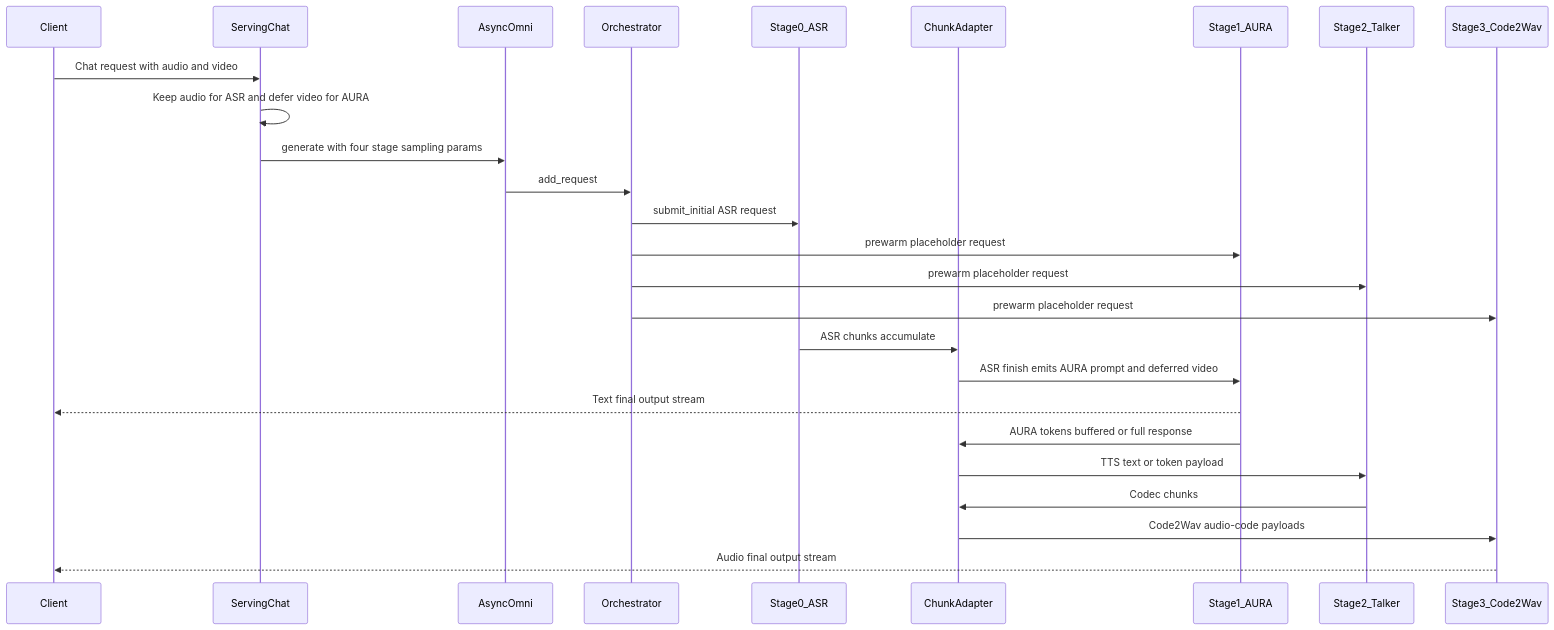
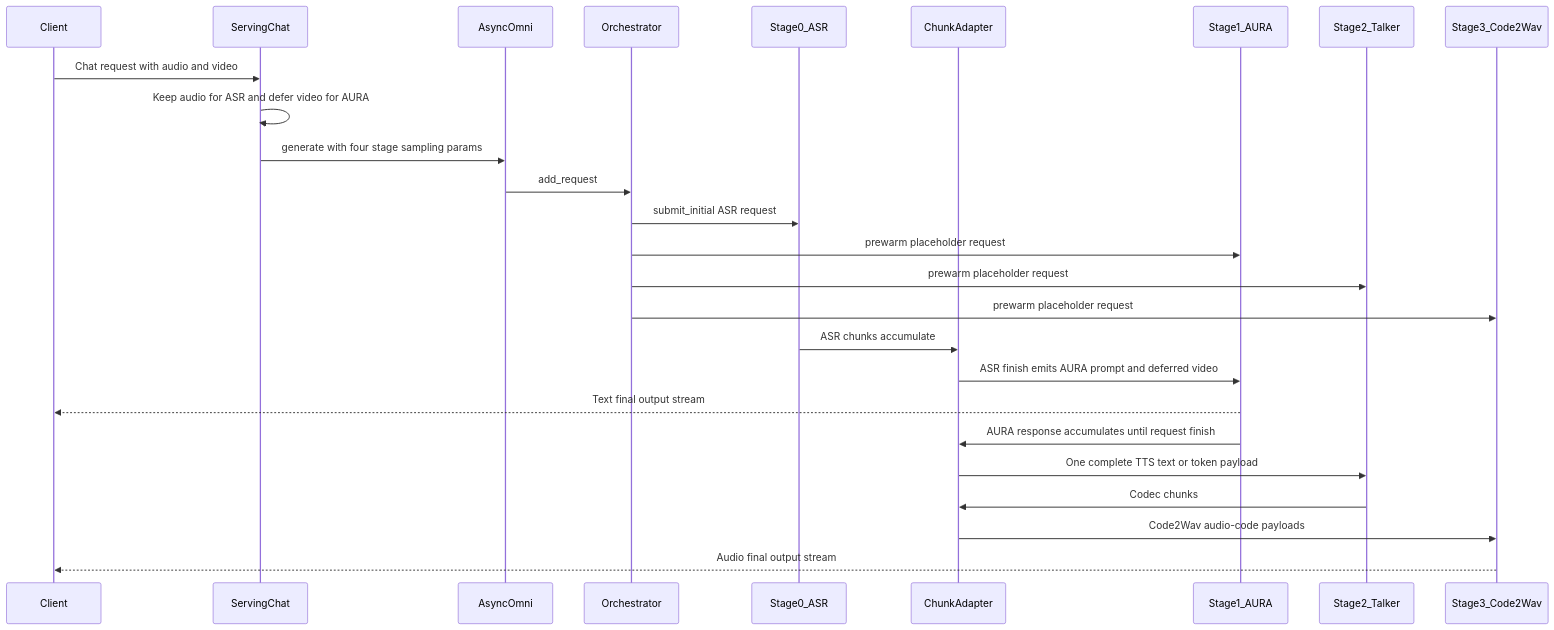
One commit to NumberWan/vllm-omni changed the first of 2 diagrams in examples/online_serving/aura_omni/README.md. Above: the diagram before and after it, drawn with Mermaid. The commit also changed other lines of this file and 11 other files, not shown here.

First line of the commit message:
change(aura): send tts payload only after aura finishes

````diff
--- a/examples/online_serving/aura_omni/README.md
+++ b/examples/online_serving/aura_omni/README.md
@@ -61,29 +60,29 @@
 ```mermaid
 sequenceDiagram
     participant client as Client
     participant servingChat as ServingChat
     participant asyncOmni as AsyncOmni
     participant orchestrator as Orchestrator
     participant stage0 as Stage0_ASR
     participant adapter as ChunkAdapter
     participant stage1 as Stage1_AURA
     participant stage2 as Stage2_Talker
     participant stage3 as Stage3_Code2Wav
 
     client->>servingChat: Chat request with audio and video
     servingChat->>servingChat: Keep audio for ASR and defer video for AURA
     servingChat->>asyncOmni: generate with four stage sampling params
     asyncOmni->>orchestrator: add_request
     orchestrator->>stage0: submit_initial ASR request
     orchestrator->>stage1: prewarm placeholder request
     orchestrator->>stage2: prewarm placeholder request
     orchestrator->>stage3: prewarm placeholder request
     stage0->>adapter: ASR chunks accumulate
     adapter->>stage1: ASR finish emits AURA prompt and deferred video
     stage1-->>client: Text final output stream
-    stage1->>adapter: AURA tokens buffered or full response
-    adapter->>stage2: TTS text or token payload
+    stage1->>adapter: AURA response accumulates until request finish
+    adapter->>stage2: One complete TTS text or token payload
     stage2->>adapter: Codec chunks
     adapter->>stage3: Code2Wav audio-code payloads
     stage3-->>client: Audio final output stream
 ```
````
